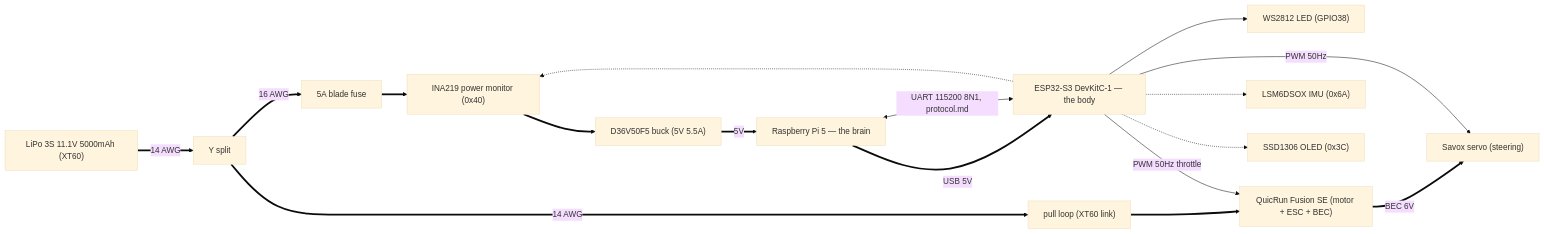
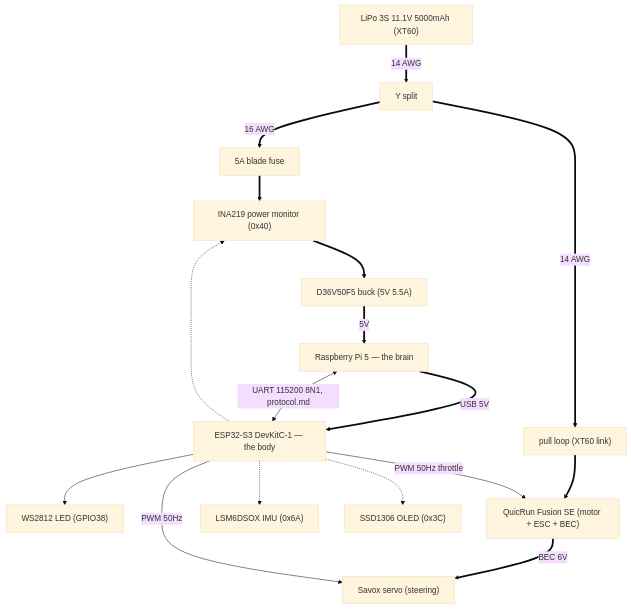
Before and after one commit to op12no2/mike: the diagram in hardware.md, drawn with Mermaid (base theme).

Commit message:
schematic: top-down layout, renders larger
Claude-Session: https://claude.ai/code/session_01FShD6XykhzPVDmif681NUq

````diff
--- a/hardware.md
+++ b/hardware.md
@@ -9,33 +9,33 @@
 ```mermaid
-flowchart LR
+flowchart TD
   bat["LiPo 3S 11.1V 5000mAh (XT60)"]
   y["Y split"]
   loop["pull loop (XT60 link)"]
   fuse["5A blade fuse"]
   ina["INA219 power monitor (0x40)"]
   buck["D36V50F5 buck (5V 5.5A)"]
   pi["Raspberry Pi 5 — the brain"]
   esp["ESP32-S3 DevKitC-1 — the body"]
   led["WS2812 LED (GPIO38)"]
   esc["QuicRun Fusion SE (motor + ESC + BEC)"]
   servo["Savox servo (steering)"]
   imu["LSM6DSOX IMU (0x6A)"]
   oled["SSD1306 OLED (0x3C)"]
 
   bat ==>|"14 AWG"| y
   y ==>|"14 AWG"| loop
   loop ==> esc
   y ==>|"16 AWG"| fuse
   fuse ==> ina
   ina ==> buck
   buck ==>|"5V"| pi
   pi ==>|"USB 5V"| esp
   esc ==>|"BEC 6V"| servo
   pi <-->|"UART 115200 8N1, protocol.md"| esp
   esp -->|"PWM 50Hz"| servo
   esp -->|"PWM 50Hz throttle"| esc
   esp -.-> ina
   esp -.-> imu
   esp -.-> oled
   esp --> led
 ```
````
